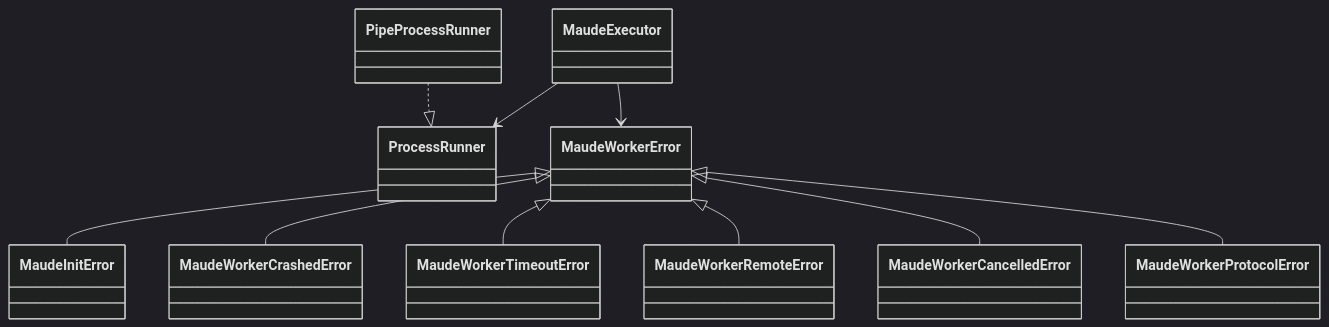
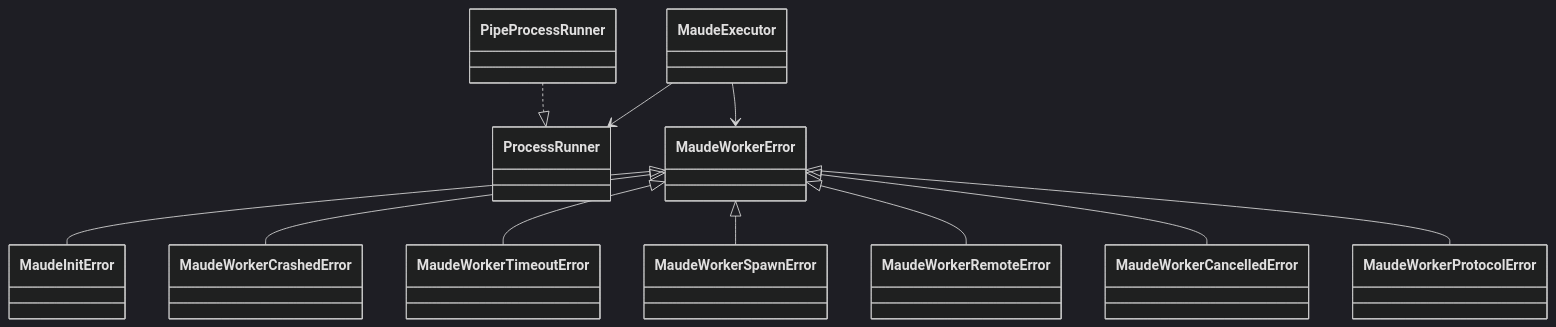
The third of 3 diagrams in harold-mcp/.agents/planning/more_interpreter_bugs/design/detailed-design.md (demiourgoi/Harold), drawn with Mermaid (dark theme) before and after one commit. The commit also changed other lines of this file, not shown here.

````diff
--- a/harold-mcp/.agents/planning/more_interpreter_bugs/design/detailed-design.md
+++ b/harold-mcp/.agents/planning/more_interpreter_bugs/design/detailed-design.md
@@ -493,22 +521,24 @@
 ```mermaid
 classDiagram
   class MaudeExecutor
   class ProcessRunner
   class PipeProcessRunner
   class MaudeWorkerError
   class MaudeInitError
   class MaudeWorkerCrashedError
   class MaudeWorkerTimeoutError
+  class MaudeWorkerSpawnError
   class MaudeWorkerRemoteError
   class MaudeWorkerCancelledError
   class MaudeWorkerProtocolError
   MaudeExecutor --> ProcessRunner
   PipeProcessRunner ..|> ProcessRunner
   MaudeWorkerError <|-- MaudeInitError
   MaudeWorkerError <|-- MaudeWorkerCrashedError
   MaudeWorkerError <|-- MaudeWorkerTimeoutError
+  MaudeWorkerError <|-- MaudeWorkerSpawnError
   MaudeWorkerError <|-- MaudeWorkerRemoteError
   MaudeWorkerError <|-- MaudeWorkerCancelledError
   MaudeWorkerError <|-- MaudeWorkerProtocolError
   MaudeExecutor --> MaudeWorkerError
 ```
````
